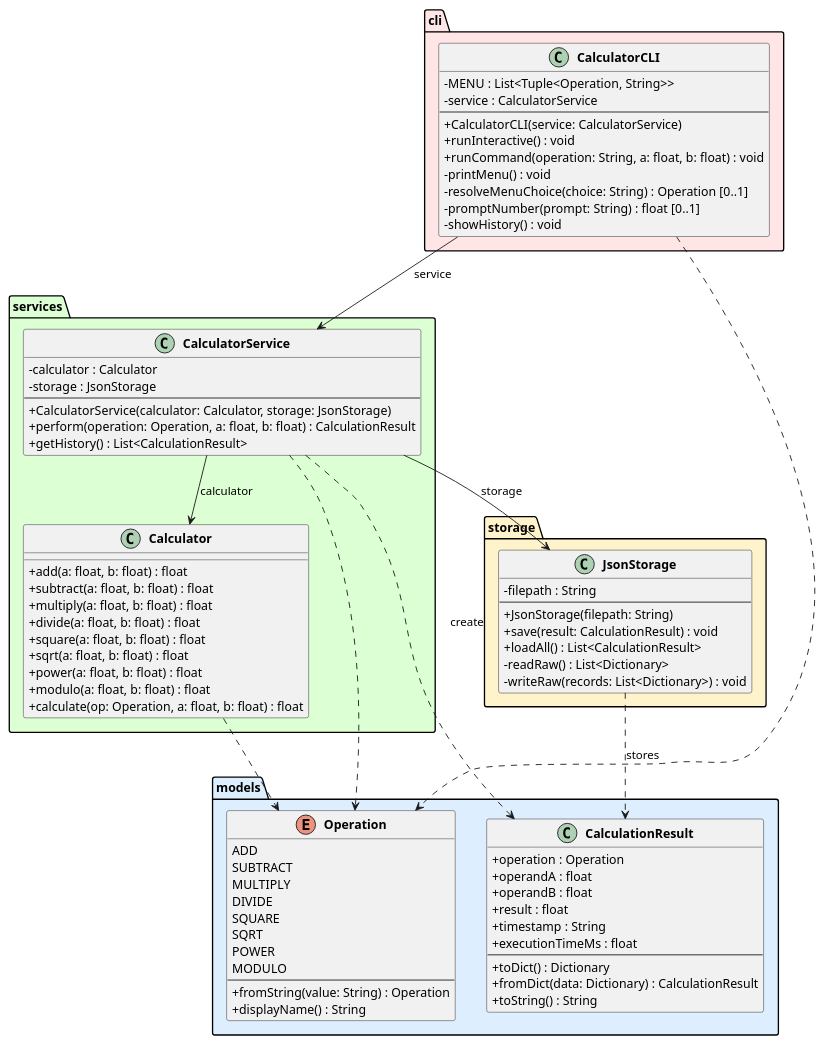
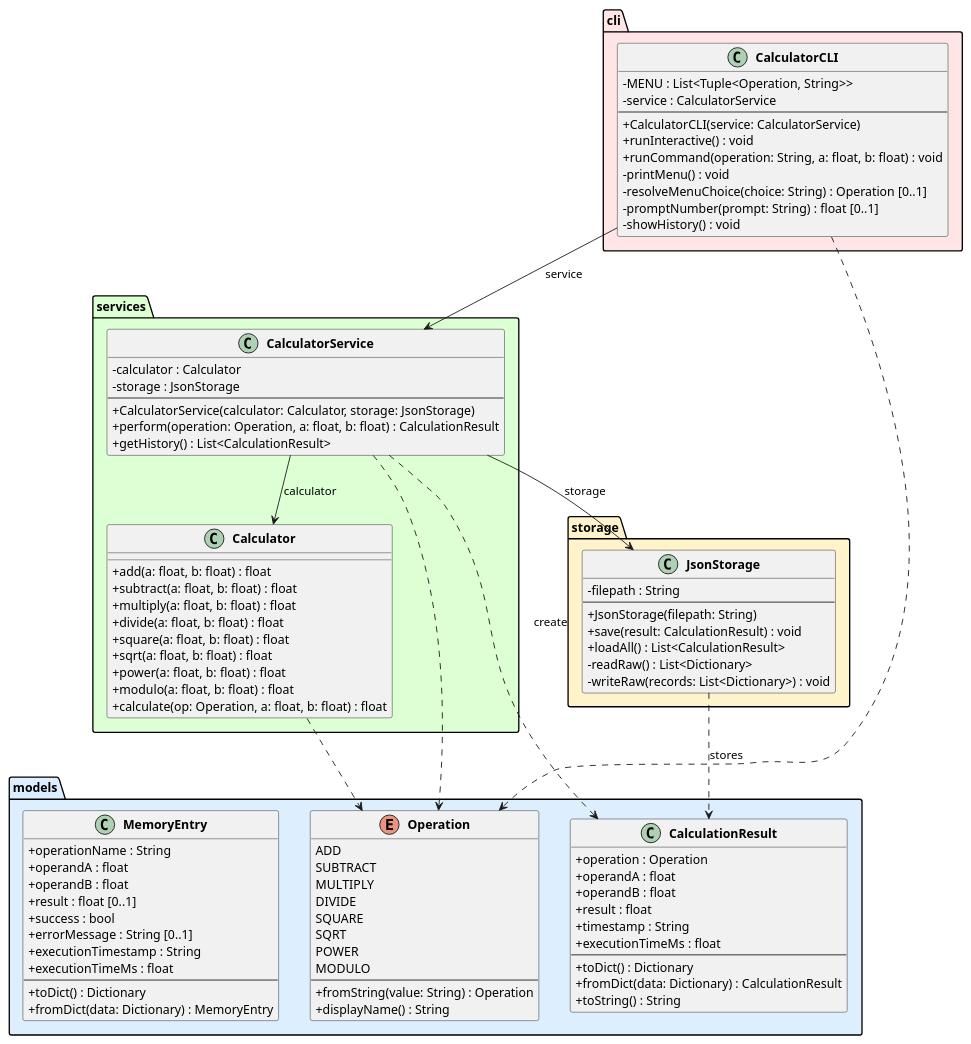
The diagram in experiments/broadcast/structured_text/calculator/artifacts/class_diagram.puml (DanielRiha8906/Software_autoevolution_using_agents), drawn with PlantUML before and after one commit. The commit also changed 5 other files, not shown here.

```diff
--- a/experiments/broadcast/structured_text/calculator/artifacts/class_diagram.puml
+++ b/experiments/broadcast/structured_text/calculator/artifacts/class_diagram.puml
@@ -1,95 +1,109 @@
 @startuml class_diagram
 
 skinparam classAttributeIconSize 0
 skinparam classFontStyle bold
 
 package "models" #DDEEFF {
     enum Operation {
         ADD
         SUBTRACT
         MULTIPLY
         DIVIDE
         SQUARE
         SQRT
         POWER
         MODULO
         --
         +fromString(value: String) : Operation
         +displayName() : String
     }
 
     class CalculationResult {
         +operation : Operation
         +operandA : float
         +operandB : float
         +result : float
         +timestamp : String
         +executionTimeMs : float
         --
         +toDict() : Dictionary
         +fromDict(data: Dictionary) : CalculationResult
         +toString() : String
+    }
+
+    class MemoryEntry {
+        +operationName : String
+        +operandA : float
+        +operandB : float
+        +result : float [0..1]
+        +success : bool
+        +errorMessage : String [0..1]
+        +executionTimestamp : String
+        +executionTimeMs : float
+        --
+        +toDict() : Dictionary
+        +fromDict(data: Dictionary) : MemoryEntry
     }
 }
 
 package "services" #DDFFD4 {
     class Calculator {
         +add(a: float, b: float) : float
         +subtract(a: float, b: float) : float
         +multiply(a: float, b: float) : float
         +divide(a: float, b: float) : float
         +square(a: float, b: float) : float
         +sqrt(a: float, b: float) : float
         +power(a: float, b: float) : float
         +modulo(a: float, b: float) : float
         +calculate(op: Operation, a: float, b: float) : float
     }
 
     class CalculatorService {
         -calculator : Calculator
         -storage : JsonStorage
         --
         +CalculatorService(calculator: Calculator, storage: JsonStorage)
         +perform(operation: Operation, a: float, b: float) : CalculationResult
         +getHistory() : List<CalculationResult>
     }
 }
 
 package "storage" #FFF3CC {
     class JsonStorage {
         -filepath : String
         --
         +JsonStorage(filepath: String)
         +save(result: CalculationResult) : void
         +loadAll() : List<CalculationResult>
         -readRaw() : List<Dictionary>
         -writeRaw(records: List<Dictionary>) : void
     }
 }
 
 package "cli" #FFE5E5 {
     class CalculatorCLI {
         -MENU : List<Tuple<Operation, String>>
         -service : CalculatorService
         --
         +CalculatorCLI(service: CalculatorService)
         +runInteractive() : void
         +runCommand(operation: String, a: float, b: float) : void
         -printMenu() : void
         -resolveMenuChoice(choice: String) : Operation [0..1]
         -promptNumber(prompt: String) : float [0..1]
         -showHistory() : void
     }
 }
 
 CalculatorCLI --> CalculatorService : service
 CalculatorService --> Calculator : calculator
 CalculatorService --> JsonStorage : storage
 
 CalculatorService ..> CalculationResult : create
 CalculatorService ..> Operation
 CalculatorCLI ..> Operation
 Calculator ..> Operation
 JsonStorage ..> CalculationResult : stores
 
 @enduml
```
